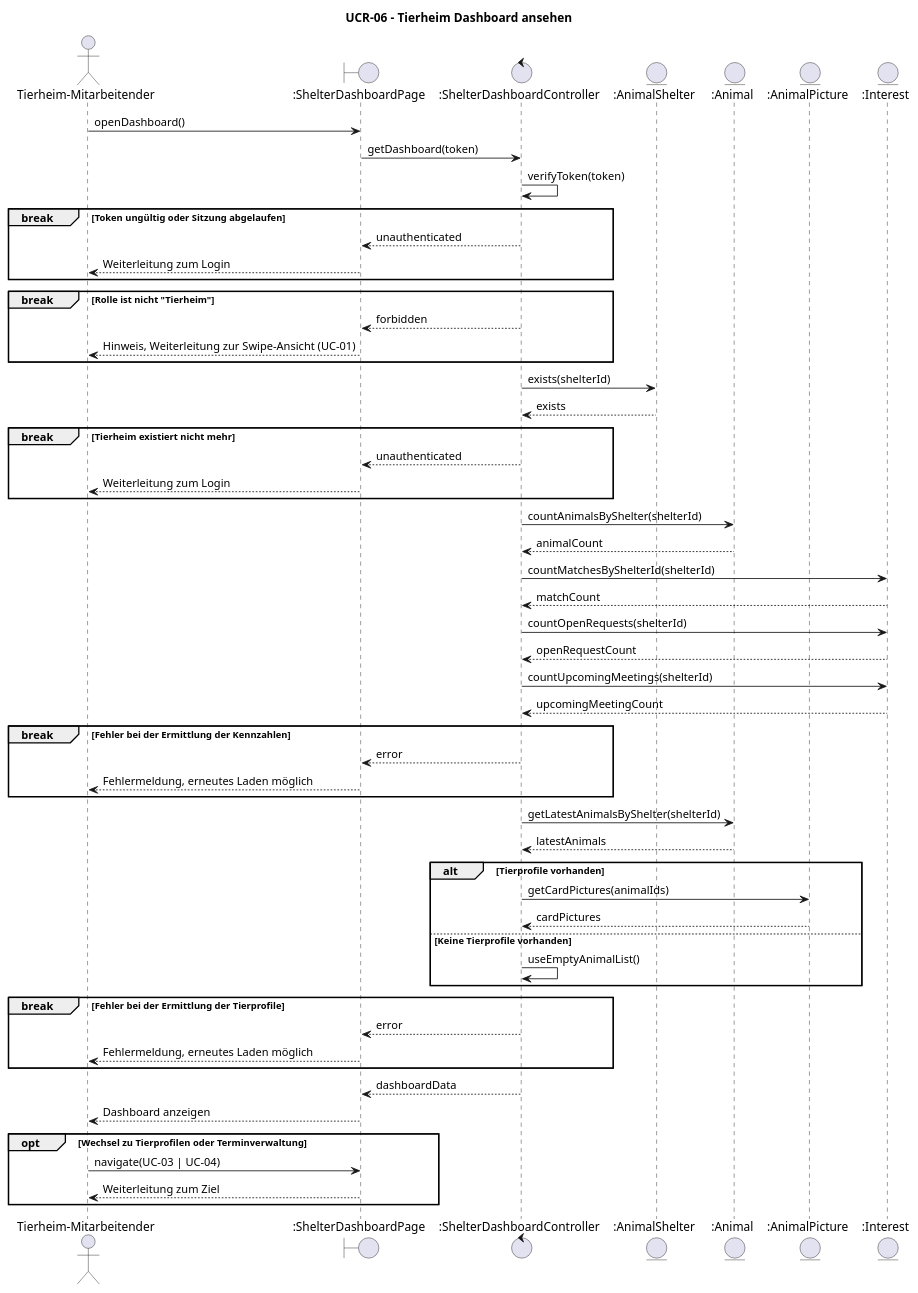
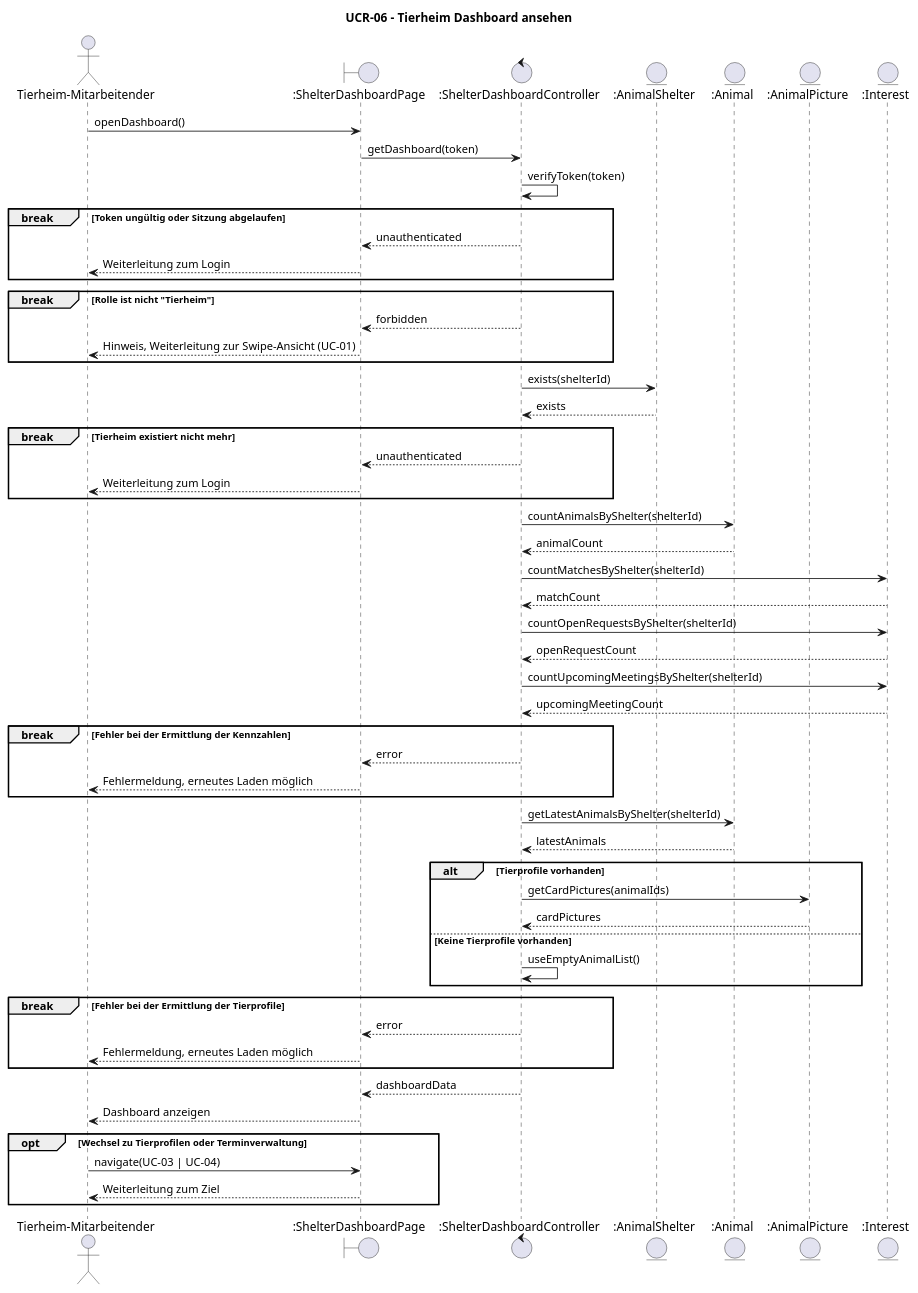
One commit to ImConsti/CoupleGOATS changed the diagram in docs/diagrams/UCR-06_sequence.puml. Above: the diagram before and after it, drawn with PlantUML. The commit also changed 6 other files, not shown here.

```diff
--- a/docs/diagrams/UCR-06_sequence.puml
+++ b/docs/diagrams/UCR-06_sequence.puml
@@ -1,72 +1,72 @@
 @startuml UCR-06_sequence
 title UCR-06 – Tierheim Dashboard ansehen
 
 actor "Tierheim-Mitarbeitender" as Employee
 boundary ":ShelterDashboardPage" as Page
 control ":ShelterDashboardController" as Ctrl
 entity ":AnimalShelter" as Shelter
 entity ":Animal" as Animal
 entity ":AnimalPicture" as Picture
 entity ":Interest" as Interest
 
 Employee -> Page : openDashboard()
 Page -> Ctrl : getDashboard(token)
 
 Ctrl -> Ctrl : verifyToken(token)
 
 break Token ungültig oder Sitzung abgelaufen
     Ctrl --> Page : unauthenticated
     Page --> Employee : Weiterleitung zum Login
 end
 
 break Rolle ist nicht "Tierheim"
     Ctrl --> Page : forbidden
     Page --> Employee : Hinweis, Weiterleitung zur Swipe-Ansicht (UC-01)
 end
 
 Ctrl -> Shelter : exists(shelterId)
 Shelter --> Ctrl : exists
 
 break Tierheim existiert nicht mehr
     Ctrl --> Page : unauthenticated
     Page --> Employee : Weiterleitung zum Login
 end
 
 
 Ctrl -> Animal : countAnimalsByShelter(shelterId)
 Animal --> Ctrl : animalCount
-Ctrl -> Interest : countMatchesByShelterId(shelterId)
+Ctrl -> Interest : countMatchesByShelter(shelterId)
 Interest --> Ctrl : matchCount
-Ctrl -> Interest : countOpenRequests(shelterId)
+Ctrl -> Interest : countOpenRequestsByShelter(shelterId)
 Interest --> Ctrl : openRequestCount
-Ctrl -> Interest : countUpcomingMeetings(shelterId)
+Ctrl -> Interest : countUpcomingMeetingsByShelter(shelterId)
 Interest --> Ctrl : upcomingMeetingCount
 
 break Fehler bei der Ermittlung der Kennzahlen
     Ctrl --> Page : error
     Page --> Employee : Fehlermeldung, erneutes Laden möglich
 end
 
 Ctrl -> Animal : getLatestAnimalsByShelter(shelterId)
 Animal --> Ctrl : latestAnimals
 
 alt Tierprofile vorhanden
     Ctrl -> Picture : getCardPictures(animalIds)
     Picture --> Ctrl : cardPictures
 else Keine Tierprofile vorhanden
     Ctrl -> Ctrl : useEmptyAnimalList()
 end
 
 break Fehler bei der Ermittlung der Tierprofile
     Ctrl --> Page : error
     Page --> Employee : Fehlermeldung, erneutes Laden möglich
 end
 
 Ctrl --> Page : dashboardData
 Page --> Employee : Dashboard anzeigen
 
 opt Wechsel zu Tierprofilen oder Terminverwaltung
     Employee -> Page : navigate(UC-03 | UC-04)
     Page --> Employee : Weiterleitung zum Ziel
 end
 @enduml
```
